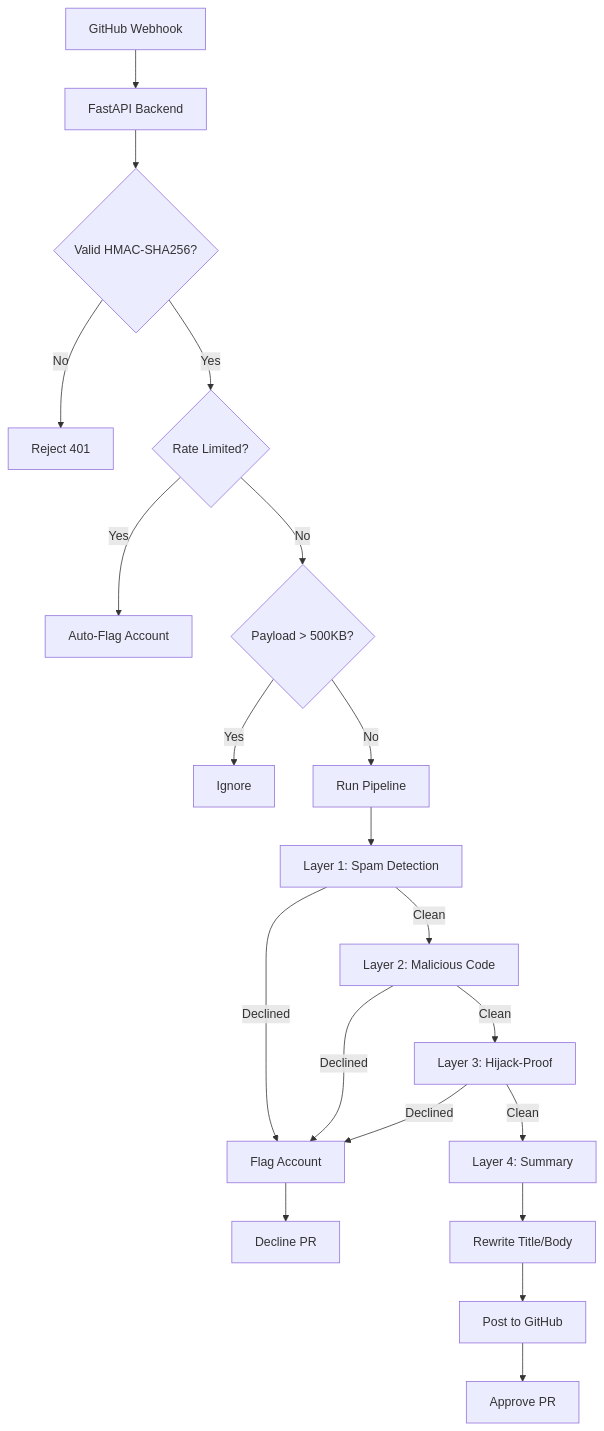
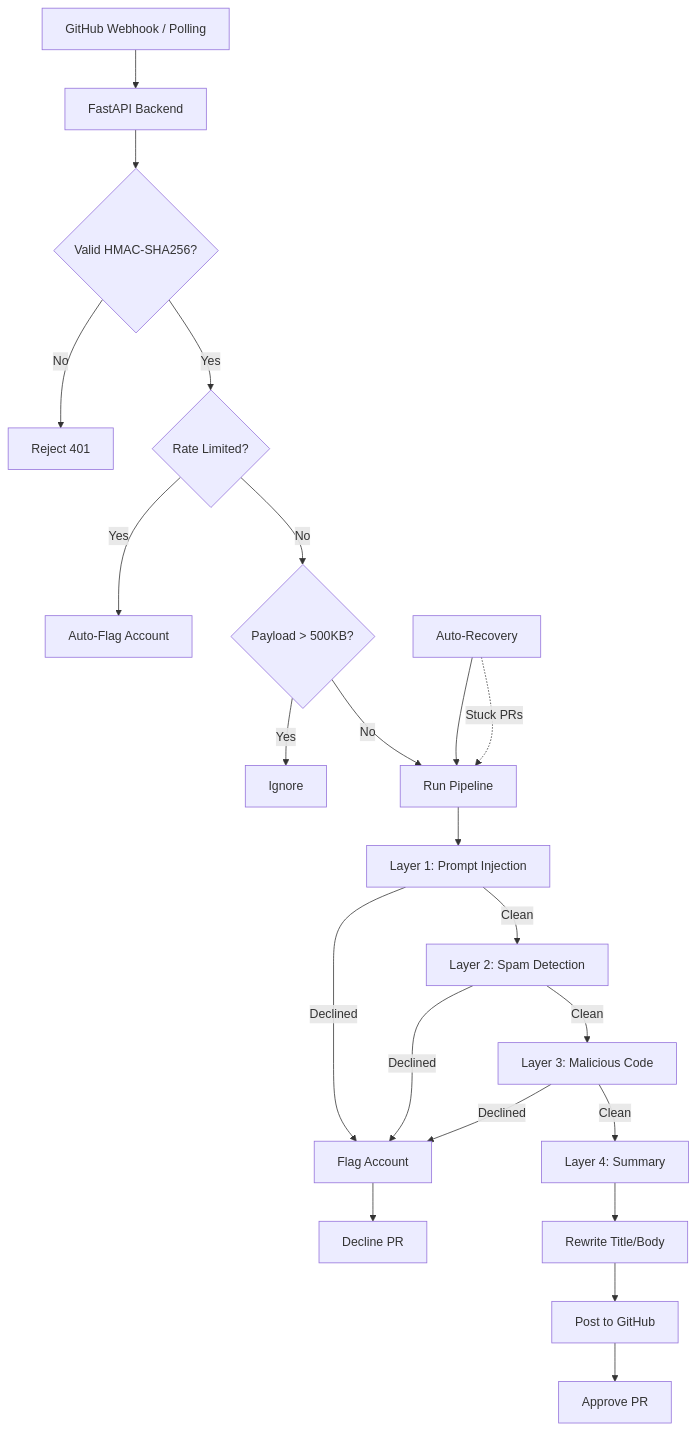
The first of 2 diagrams in README.md (raktim-yoddha/pr-guardian), drawn with Mermaid before and after one commit. The commit also changed other lines of this file and 24 other files, not shown here.

````diff
--- a/README.md
+++ b/README.md
@@ -40,22 +43,24 @@
 ```mermaid
 flowchart TD
-    A[GitHub Webhook] --> B[FastAPI Backend]
+    A[GitHub Webhook / Polling] --> B[FastAPI Backend]
     B --> C{Valid HMAC-SHA256?}
     C -->|No| D[Reject 401]
     C -->|Yes| E{Rate Limited?}
     E -->|Yes| F[Auto-Flag Account]
     E -->|No| G{Payload > 500KB?}
     G -->|Yes| H[Ignore]
     G -->|No| I[Run Pipeline]
-    I --> J[Layer 1: Spam Detection]
+    I --> J[Layer 1: Prompt Injection]
     J -->|Declined| K[Flag Account]
     K --> L[Decline PR]
-    J -->|Clean| M[Layer 2: Malicious Code]
+    J -->|Clean| M[Layer 2: Spam Detection]
     M -->|Declined| K
-    M -->|Clean| N[Layer 3: Hijack-Proof]
+    M -->|Clean| N[Layer 3: Malicious Code]
     N -->|Declined| K
     N -->|Clean| O[Layer 4: Summary]
     O --> P[Rewrite Title/Body]
     P --> Q[Post to GitHub]
     Q --> R[Approve PR]
+    S[Auto-Recovery] --> I
+    S -.->|Stuck PRs| I
 ```
````
